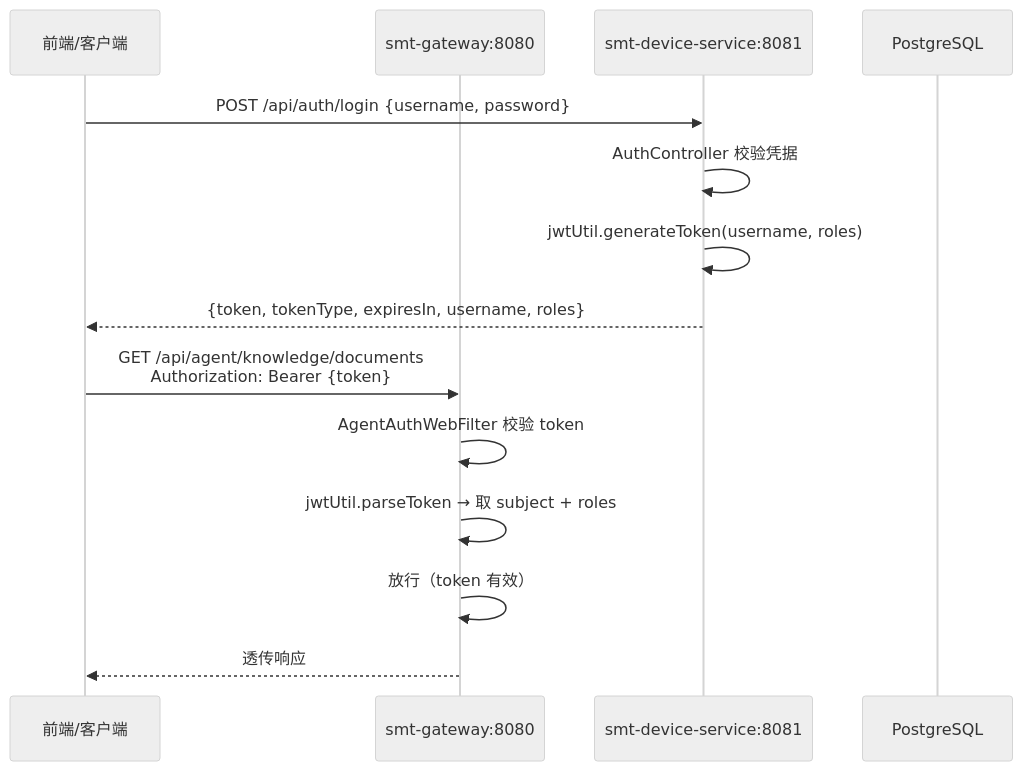
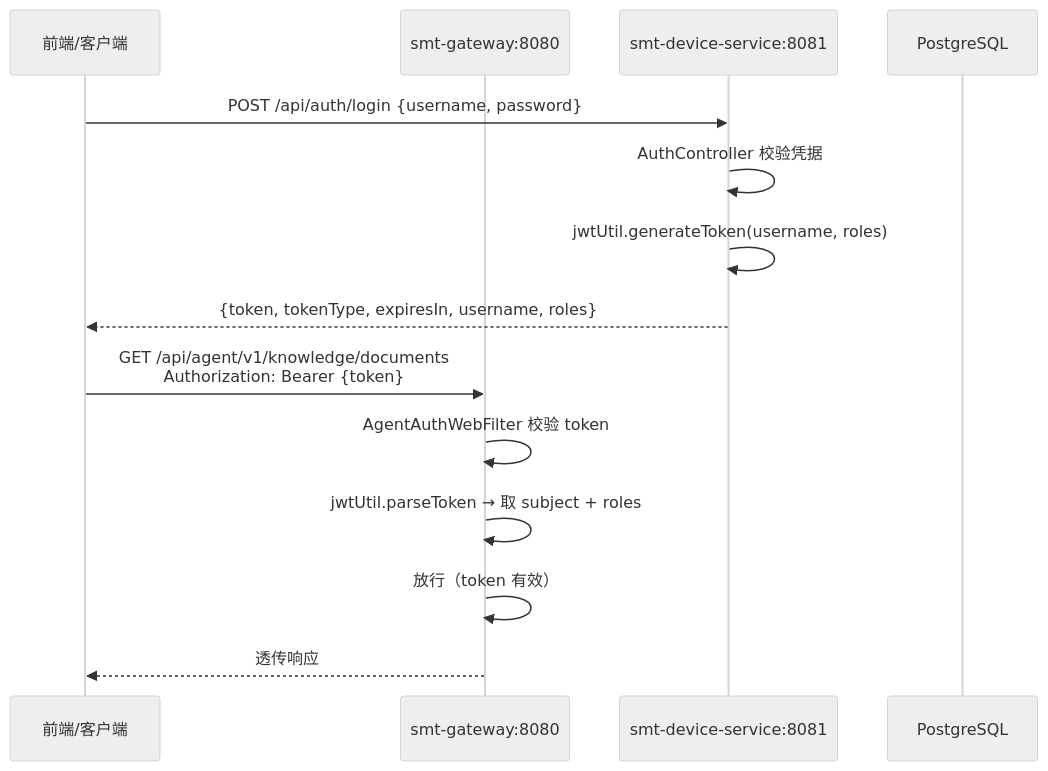
The second of 8 diagrams in docs/explaination/project-explanation-phase1.md (north30-dev/smt-agent-platform), drawn with Mermaid (neutral theme) before and after one commit. The commit also changed other lines of this file and 46 other files, not shown here.

````diff
--- a/docs/explaination/project-explanation-phase1.md
+++ b/docs/explaination/project-explanation-phase1.md
@@ -202,18 +207,18 @@
 ```mermaid
 sequenceDiagram
     participant FE as 前端/客户端
     participant GW as smt-gateway:8080
     participant DS as smt-device-service:8081
     participant PG as PostgreSQL
 
     FE->>DS: POST /api/auth/login {username, password}
     DS->>DS: AuthController 校验凭据
     DS->>DS: jwtUtil.generateToken(username, roles)
     DS-->>FE: {token, tokenType, expiresIn, username, roles}
 
-    FE->>GW: GET /api/agent/knowledge/documents<br/>Authorization: Bearer {token}
+    FE->>GW: GET /api/agent/v1/knowledge/documents<br/>Authorization: Bearer {token}
     GW->>GW: AgentAuthWebFilter 校验 token
     GW->>GW: jwtUtil.parseToken → 取 subject + roles
     GW->>GW: 放行（token 有效）
     GW-->>FE: 透传响应
 ```
````
